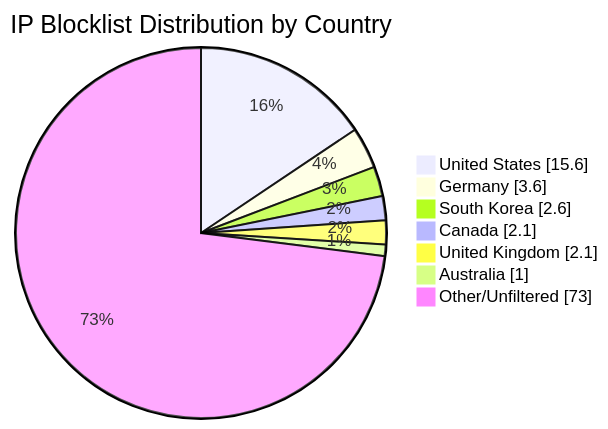
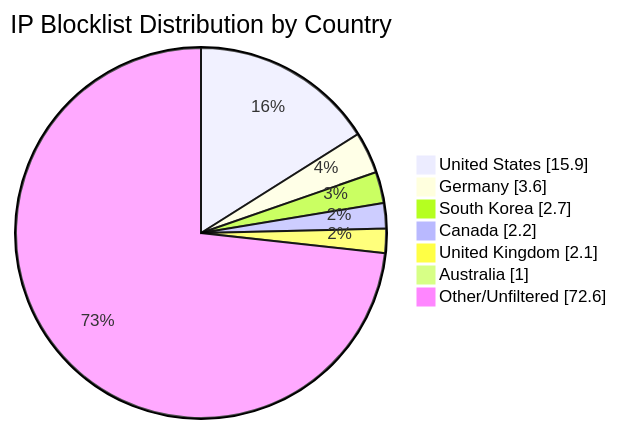
One commit to MarcusHoltz/ipblocklist-geofiltered-aggregator changed the diagram in README.md. Above: the diagram before and after it, drawn with Mermaid. The commit also changed other lines of this file and 9 other files, not shown here.

````diff
--- a/README.md
+++ b/README.md
@@ -34,10 +34,10 @@
 ```mermaid
 pie showData title IP Blocklist Distribution by Country
-"United States" : 15.6
+"United States" : 15.9
 "Germany" : 3.6
-"South Korea" : 2.6
-"Canada" : 2.1
+"South Korea" : 2.7
+"Canada" : 2.2
 "United Kingdom" : 2.1
 "Australia" : 1.0
-"Other/Unfiltered" : 73.0
+"Other/Unfiltered" : 72.6
 ```
````
